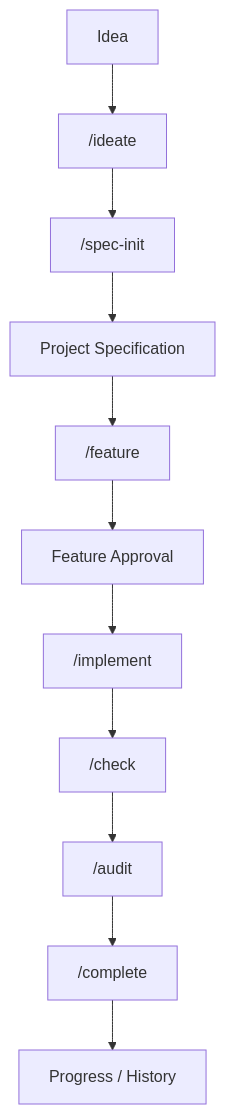
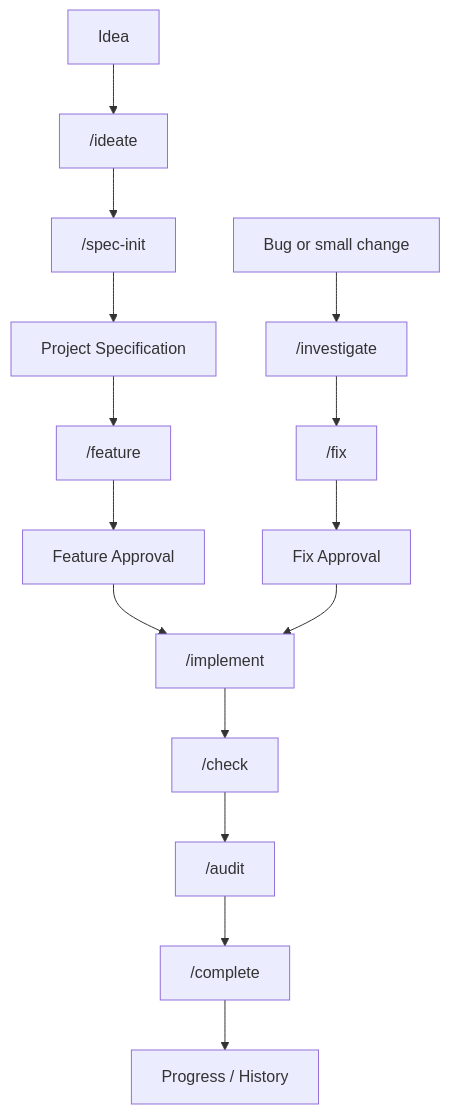
Before and after one commit to vikersjunior/v-buildkit: the diagram in README.md, drawn with Mermaid. The commit also changed other lines of this file and 11 other files, not shown here.

First line of the commit message:
feat: add /fix and /investigate for small changes (#14)

````diff
--- a/README.md
+++ b/README.md
@@ -63,13 +63,17 @@
 ```mermaid
 graph TD
     A["Idea"] --> B["/ideate"]
     B --> C["/spec-init"]
     C --> D["Project Specification"]
     D --> E["/feature"]
     E --> F["Feature Approval"]
     F --> G["/implement"]
     G --> H["/check"]
     H --> I["/audit"]
     I --> J["/complete"]
     J --> K["Progress / History"]
+    L["Bug or small change"] --> M["/investigate"]
+    M --> N["/fix"]
+    N --> O["Fix Approval"]
+    O --> G
 ```
````
